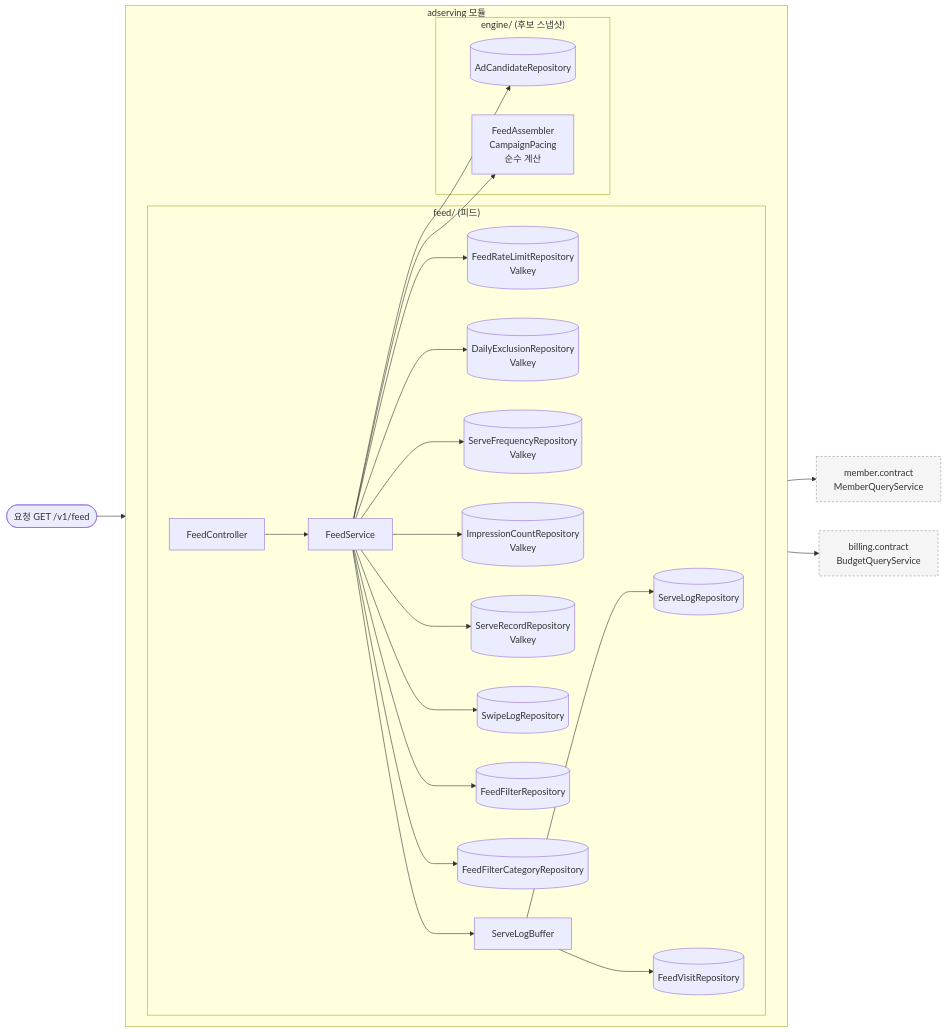
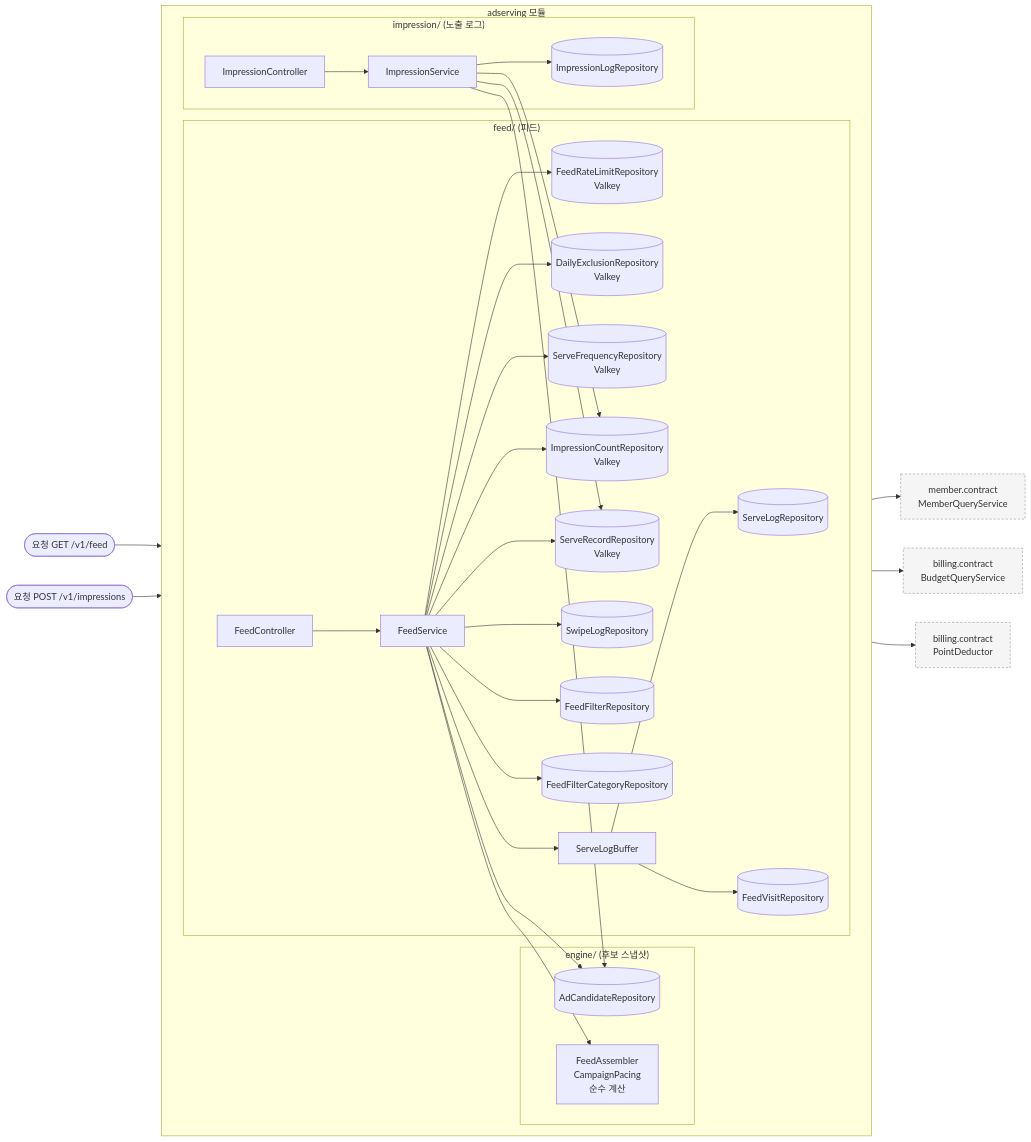
One commit to lunch-catch/lc-backend changed the first of 3 diagrams in docs/design/adserving/adserving_구조와_동작_설계.md. Above: the diagram before and after it, drawn with Mermaid. The commit also changed other lines of this file and 29 other files, not shown here.

````diff
--- a/docs/design/adserving/adserving_구조와_동작_설계.md
+++ b/docs/design/adserving/adserving_구조와_동작_설계.md
@@ -170,37 +183,47 @@
 ```mermaid
 flowchart LR
     REQ([요청 GET /v1/feed]) --> FC
+    REQ2([요청 POST /v1/impressions]) --> IMC
 
     subgraph adserving["adserving 모듈"]
         direction LR
 
         subgraph feed["feed/ (피드)"]
             FC[FeedController] --> FS[FeedService]
             FS --> RL[("FeedRateLimitRepository<br/>Valkey")]
             FS --> DE[("DailyExclusionRepository<br/>Valkey")]
             FS --> SF[("ServeFrequencyRepository<br/>Valkey")]
             FS --> IC[("ImpressionCountRepository<br/>Valkey")]
             FS --> SR[("ServeRecordRepository<br/>Valkey")]
             FS --> SW[(SwipeLogRepository)]
             FS --> FF[(FeedFilterRepository)]
             FS --> FFC[(FeedFilterCategoryRepository)]
             FS --> SB[ServeLogBuffer]
             SB --> SL[(ServeLogRepository)]
             SB --> FV[(FeedVisitRepository)]
         end
 
         subgraph engine["engine/ (후보 스냅샷)"]
             AR[(AdCandidateRepository)]
             FA["FeedAssembler<br/>CampaignPacing<br/>순수 계산"]
         end
 
+        subgraph impression["impression/ (노출 로그)"]
+            IMC[ImpressionController] --> IMS[ImpressionService]
+            IMS --> IML[(ImpressionLogRepository)]
+        end
+
         FS --> AR
         FS --> FA
+        IMS --> SR
+        IMS --> IC
+        IMS --> AR
     end
 
     FS --> MQ["member.contract<br/>MemberQueryService"]
     FS --> BQ["billing.contract<br/>BudgetQueryService"]
+    IMS --> PD["billing.contract<br/>PointDeductor"]
 
     classDef out fill:#f5f5f5,stroke:#999,stroke-dasharray:4 3
-    class MQ,BQ out
+    class MQ,BQ,PD out
 ```
````
